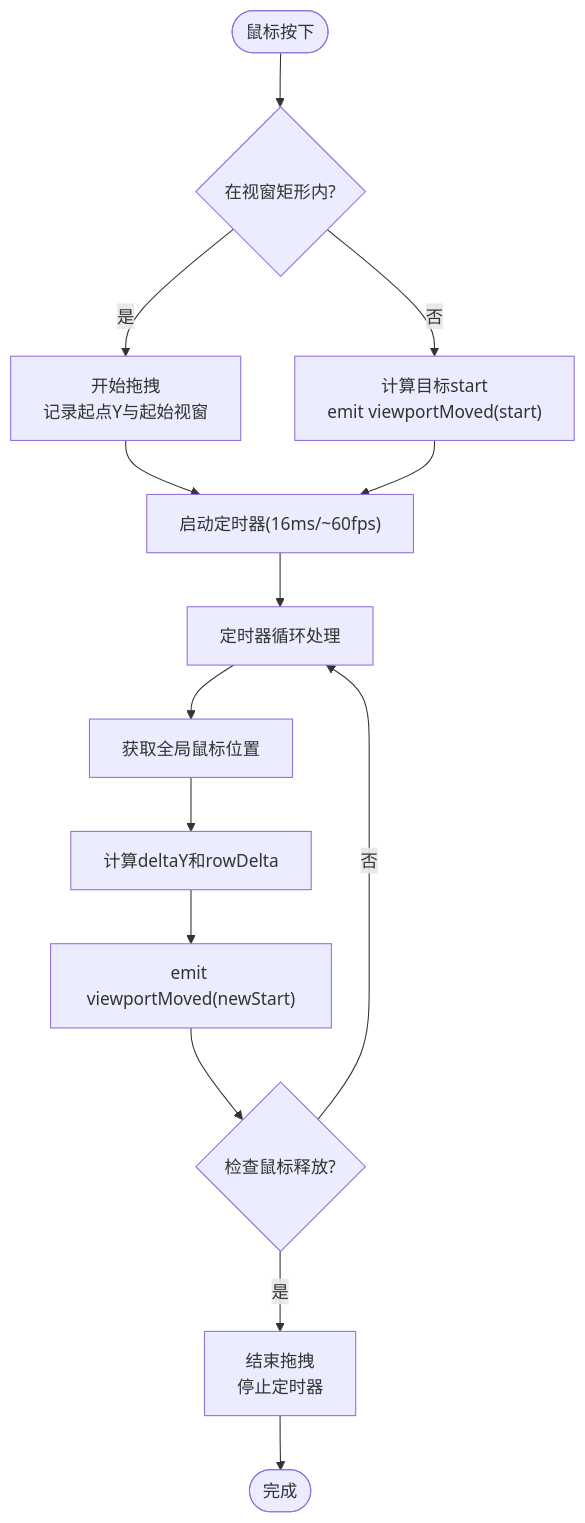
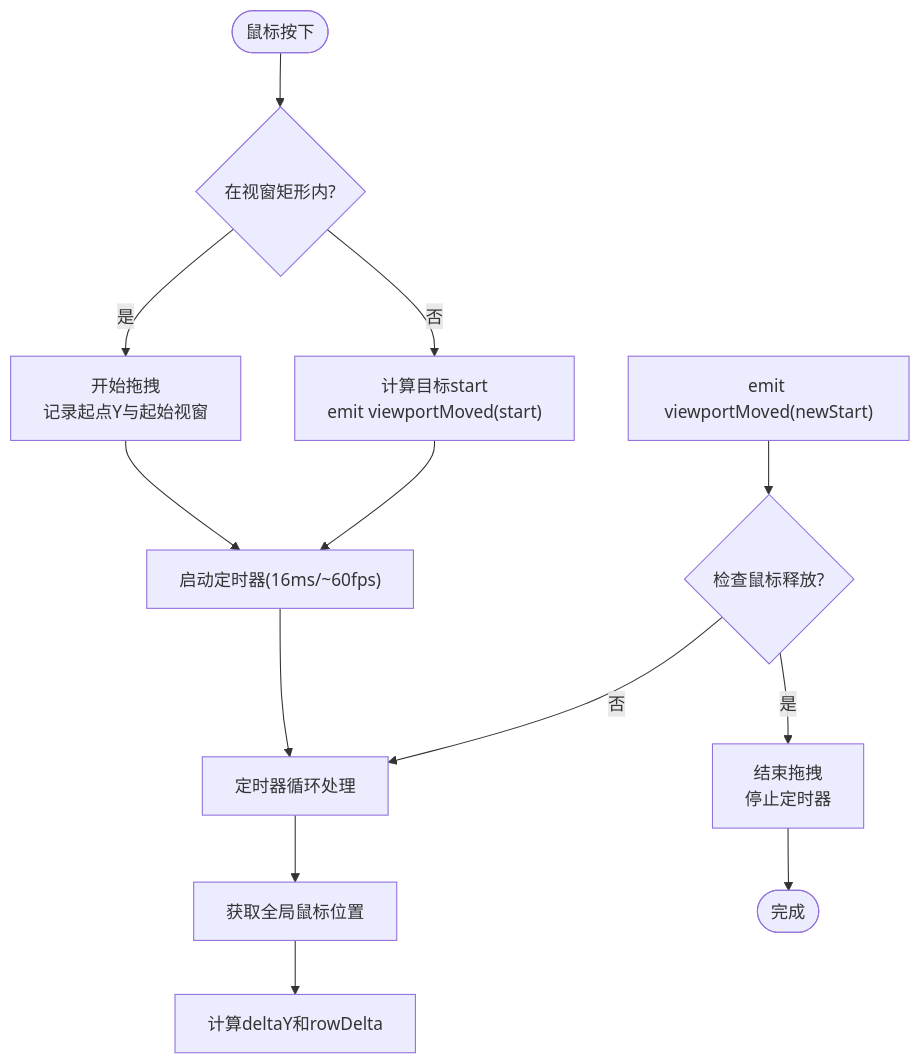
The sixth of 8 diagrams in .qoder/repowiki/zh/content/架构设计/UI系统设计/跟踪视图视口概览.md (jakecai1225-design/OpenBus), drawn with Mermaid before and after one commit. The commit also changed other lines of this file and 22 other files, not shown here.

Commit message:
trace graphic

````diff
--- a/.qoder/repowiki/zh/content/架构设计/UI系统设计/跟踪视图视口概览.md
+++ b/.qoder/repowiki/zh/content/架构设计/UI系统设计/跟踪视图视口概览.md
@@ -187,16 +275,15 @@
 ```mermaid
 flowchart TD
 Start(["鼠标按下"]) --> CheckInVP{"在视窗矩形内?"}
 CheckInVP --> |是| StartDrag["开始拖拽<br/>记录起点Y与起始视窗"]
 CheckInVP --> |否| Jump["计算目标start<br/>emit viewportMoved(start)"]
 StartDrag --> StartTimer["启动定时器(16ms/~60fps)"]
 Jump --> StartTimer
 StartTimer --> DragLoop["定时器循环处理"]
 DragLoop --> GetGlobalPos["获取全局鼠标位置"]
 GetGlobalPos --> CalcDelta["计算deltaY和rowDelta"]
-CalcDelta --> EmitMove["emit viewportMoved(newStart)"]
-EmitMove --> CheckRelease{"检查鼠标释放?"}
+EmitMove["emit viewportMoved(newStart)"] --> CheckRelease{"检查鼠标释放?"}
 CheckRelease --> |否| DragLoop
 CheckRelease --> |是| EndDrag["结束拖拽<br/>停止定时器"]
 EndDrag --> End(["完成"])
 ```
````
